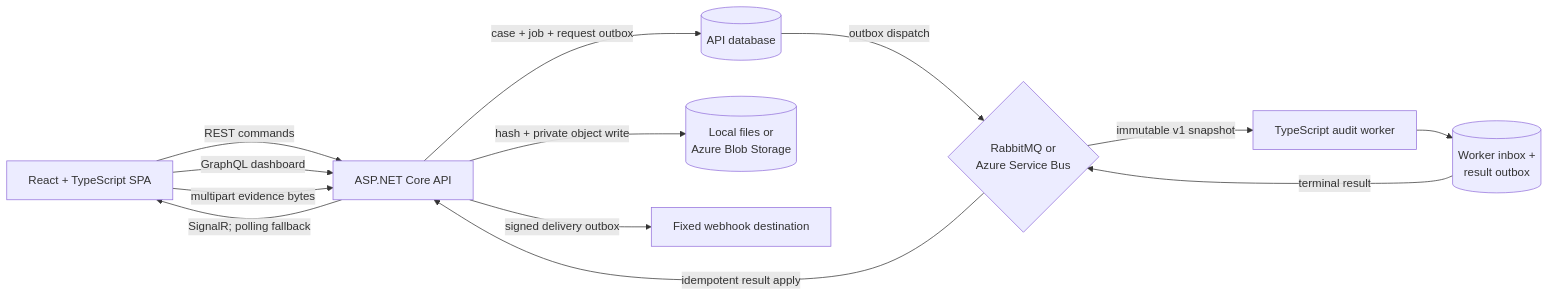
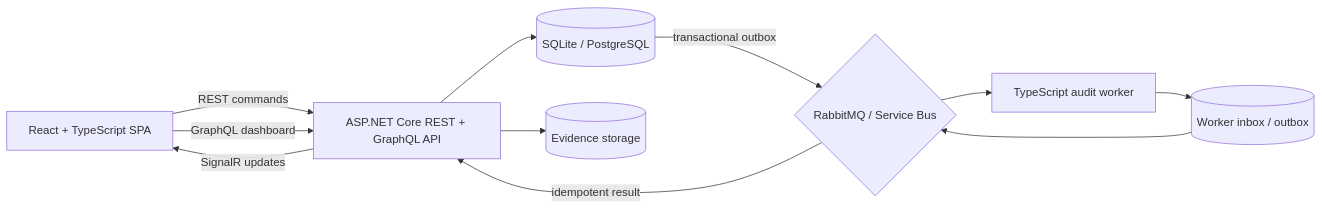
One commit to MarvelousJade/CaseLedger changed the diagram in README.md. Above: the diagram before and after it, drawn with Mermaid. The commit also changed other lines of this file, not shown here.

````diff
--- a/README.md
+++ b/README.md
@@ -95,24 +89,21 @@
 ```mermaid
 flowchart LR
     Browser[React + TypeScript SPA]
-    API[ASP.NET Core API]
-    Data[(API database)]
-    Evidence[(Local files or<br/>Azure Blob Storage)]
-    Broker{RabbitMQ or<br/>Azure Service Bus}
+    API[ASP.NET Core REST + GraphQL API]
+    Database[(SQLite / PostgreSQL)]
+    Storage[(Evidence storage)]
+    Broker{RabbitMQ / Service Bus}
     Worker[TypeScript audit worker]
-    WorkerData[(Worker inbox +<br/>result outbox)]
-    Webhook[Fixed webhook destination]
+    WorkerData[(Worker inbox / outbox)]
 
     Browser -->|REST commands| API
     Browser -->|GraphQL dashboard| API
-    Browser -->|multipart evidence bytes| API
-    API -->|hash + private object write| Evidence
-    API -->|case + job + request outbox| Data
-    Data -->|outbox dispatch| Broker
-    Broker -->|immutable v1 snapshot| Worker
+    API -->|SignalR updates| Browser
+    API --> Database
+    API --> Storage
+    Database -->|transactional outbox| Broker
+    Broker --> Worker
     Worker --> WorkerData
-    WorkerData -->|terminal result| Broker
-    Broker -->|idempotent result apply| API
-    API -->|SignalR; polling fallback| Browser
-    API -->|signed delivery outbox| Webhook
+    WorkerData --> Broker
+    Broker -->|idempotent result| API
 ```
````
